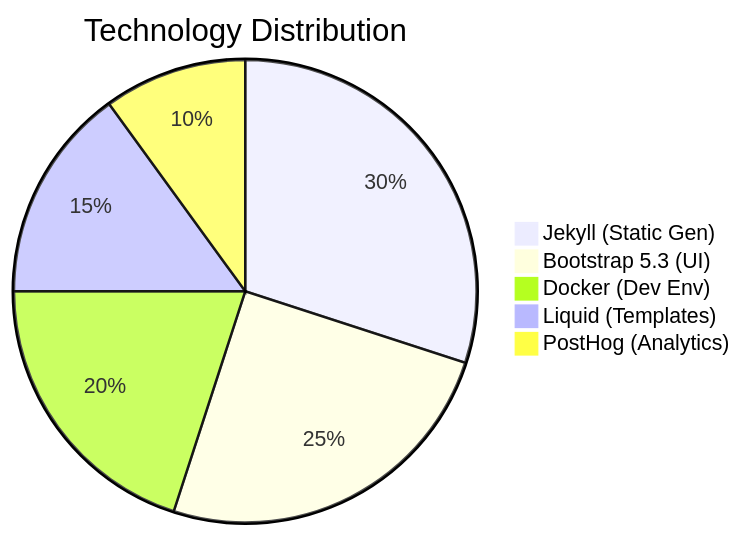
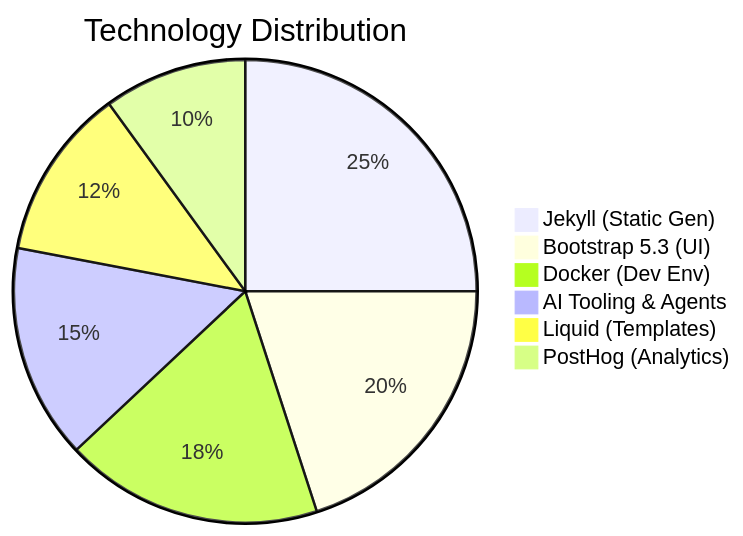
One commit to bamr87/zer0-CMS changed the fifth of 15 diagrams in packages/zer0-mistakes/README.md. Above: the diagram before and after it, drawn with Mermaid. The commit also changed other lines of this file and 4 other files, not shown here.

````diff
--- a/packages/zer0-mistakes/README.md
+++ b/packages/zer0-mistakes/README.md
@@ -210,8 +322,9 @@
 ```mermaid
 pie title Technology Distribution
-    "Jekyll (Static Gen)" : 30
-    "Bootstrap 5.3 (UI)" : 25
-    "Docker (Dev Env)" : 20
-    "Liquid (Templates)" : 15
+    "Jekyll (Static Gen)" : 25
+    "Bootstrap 5.3 (UI)" : 20
+    "Docker (Dev Env)" : 18
+    "AI Tooling & Agents" : 15
+    "Liquid (Templates)" : 12
     "PostHog (Analytics)" : 10
 ```
````
